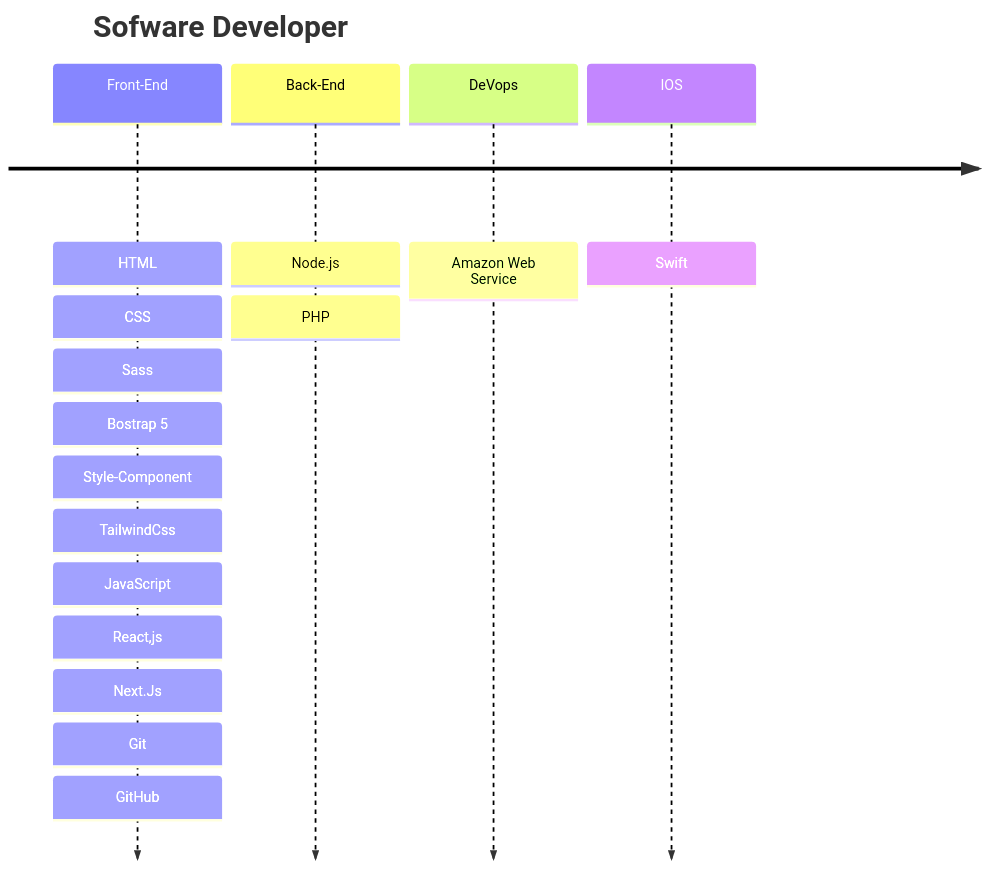
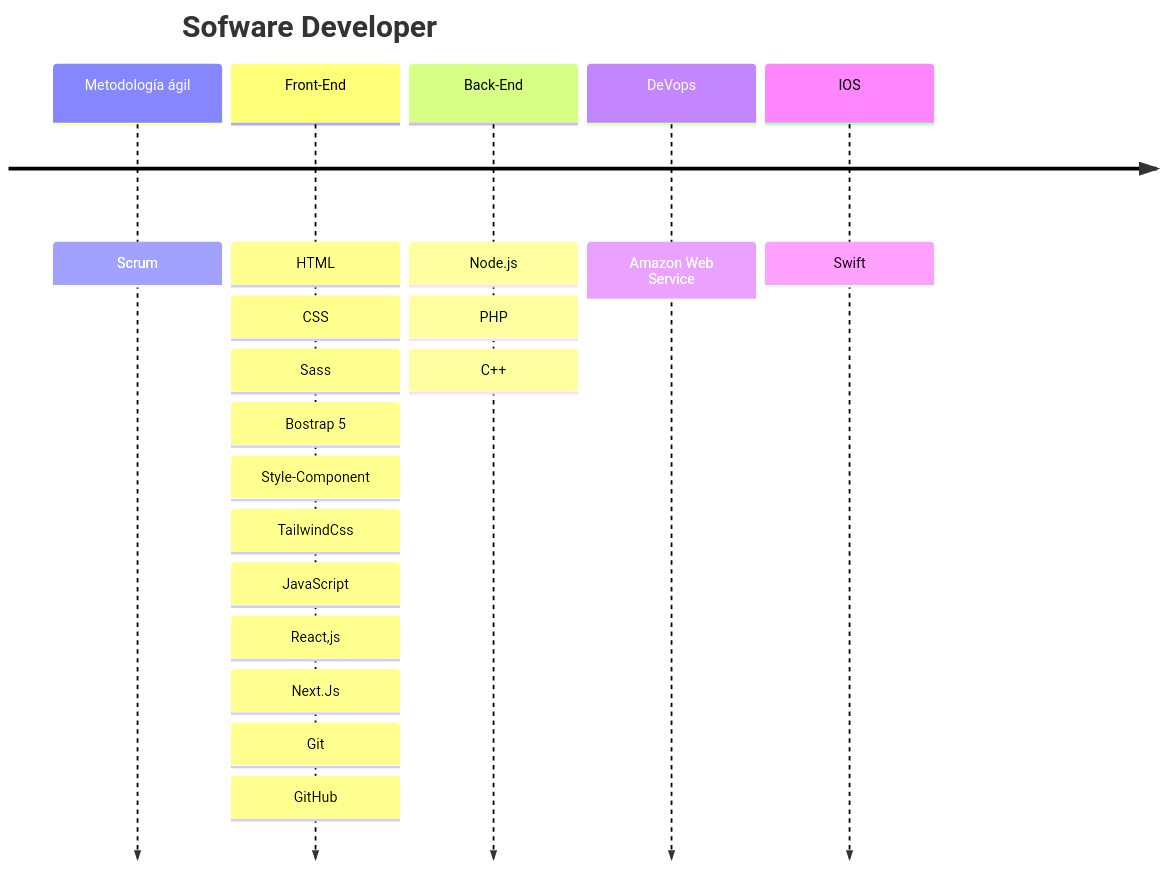
Before and after one commit to Marttify/Aguilar1998: the diagram in README.md, drawn with Mermaid.

Commit message:
Update README.md
New Desing

````diff
--- a/README.md
+++ b/README.md
@@ -7,8 +7,9 @@
 ``` mermaid
 timeline
    title Sofware Developer
+   Metodología ágil:  Scrum 
    Front-End : HTML: CSS: Sass: Bostrap 5: Style-Component: TailwindCss: JavaScript: React,js: Next.Js: Git: GitHub 
-   Back-End : Node.js : PHP 
+   Back-End : Node.js : PHP : C++
    DeVops: Amazon Web Service
    IOS: Swift
 ```
````
